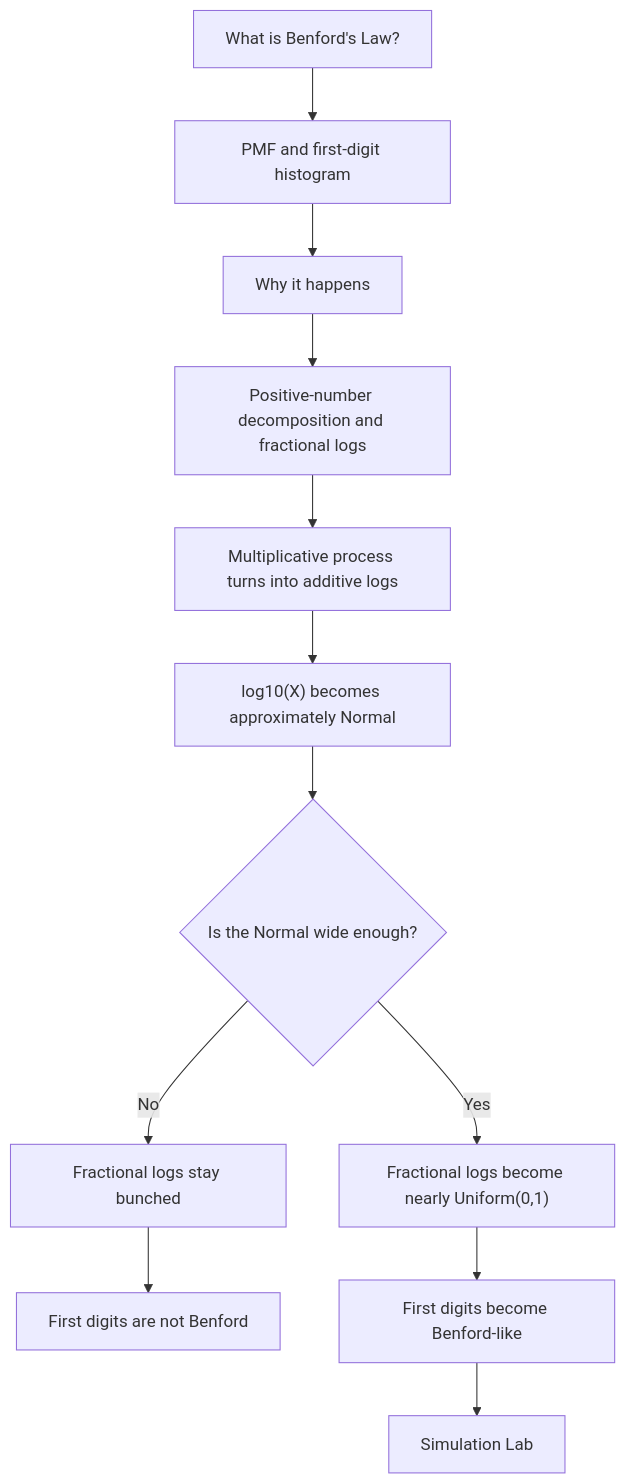
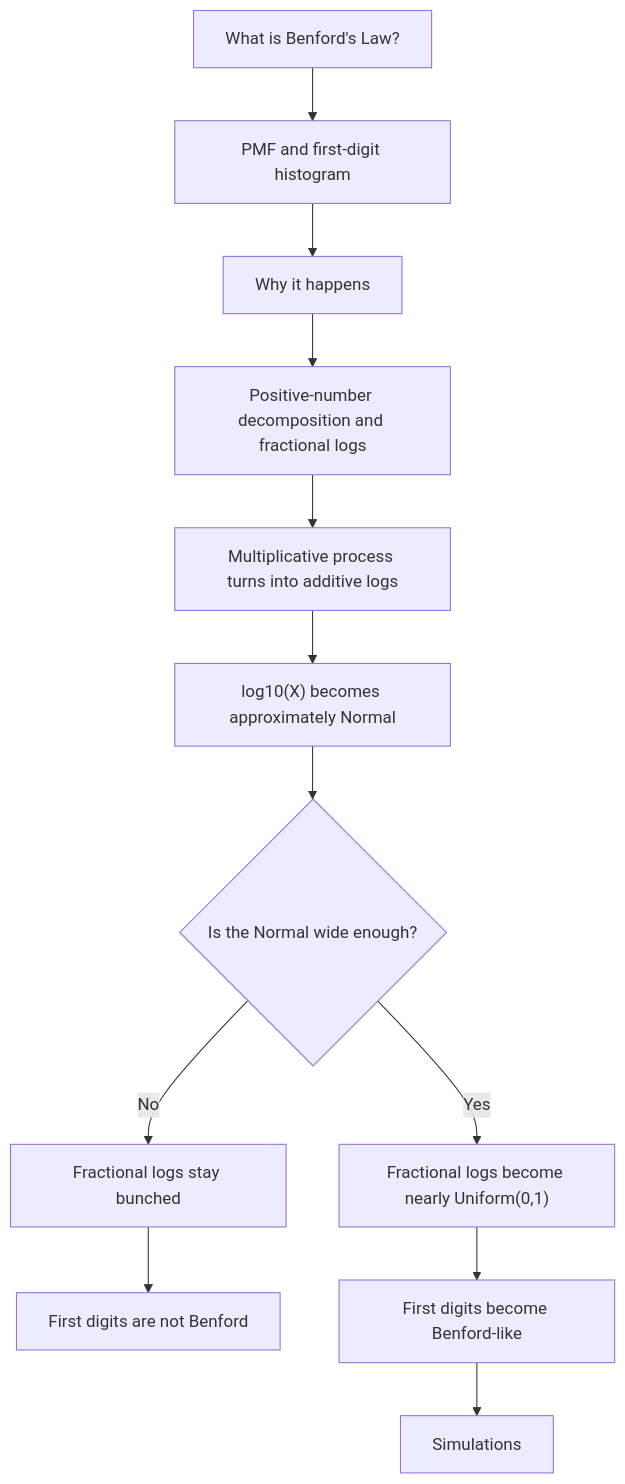
The diagram in docs/brainstorms/2026-05-09-benford-emergence-mini-app-requirements.md (govindgnair23/benford-distribution), drawn with Mermaid before and after one commit. The commit also changed other lines of this file and 8 other files, not shown here.

````diff
--- a/docs/brainstorms/2026-05-09-benford-emergence-mini-app-requirements.md
+++ b/docs/brainstorms/2026-05-09-benford-emergence-mini-app-requirements.md
@@ -14,14 +14,14 @@
 ```mermaid
 flowchart TB
   A["What is Benford's Law?"] --> B["PMF and first-digit histogram"]
   B --> C["Why it happens"]
   C --> D["Positive-number decomposition and fractional logs"]
   D --> E["Multiplicative process turns into additive logs"]
   E --> F["log10(X) becomes approximately Normal"]
   F --> G{"Is the Normal wide enough?"}
   G -- "No" --> H["Fractional logs stay bunched"]
   H --> I["First digits are not Benford"]
   G -- "Yes" --> J["Fractional logs become nearly Uniform(0,1)"]
   J --> K["First digits become Benford-like"]
-  K --> L["Simulation Lab"]
+  K --> L["Simulations"]
 ```
````
